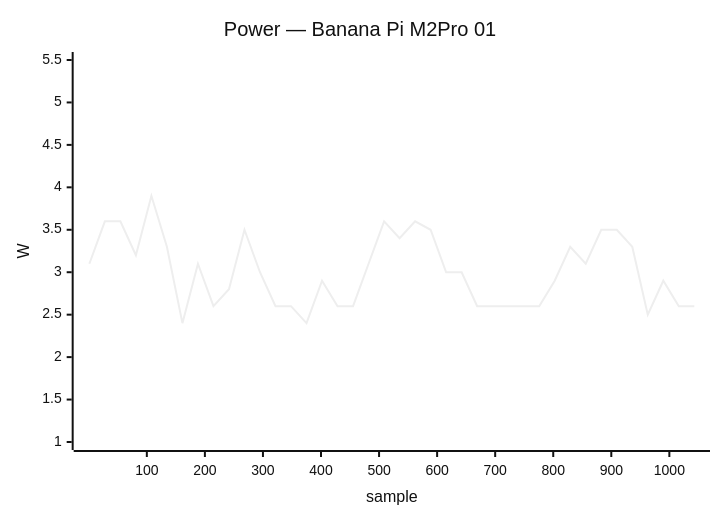
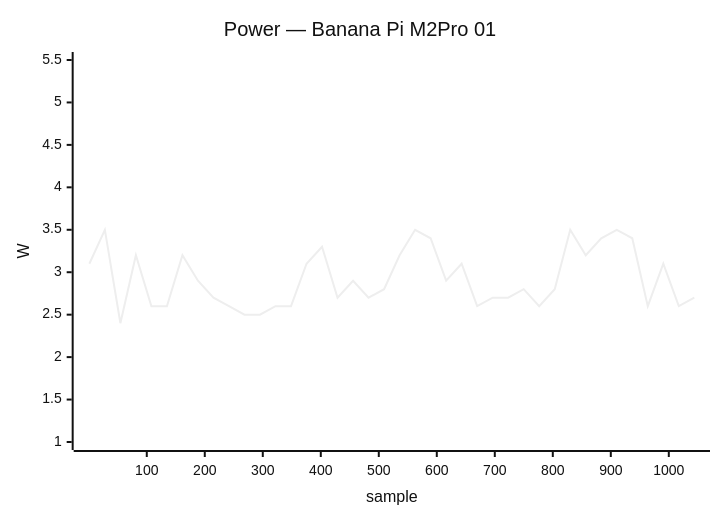
One commit to armbian/documentation changed diagram 11 of 50 in docs/status/board-tests.md. Above: the diagram before and after it, drawn with Mermaid (neutral theme). The commit also changed other lines of this file, not shown here.

````diff
--- a/docs/status/board-tests.md
+++ b/docs/status/board-tests.md
@@ -373,7 +564,7 @@
 ```mermaid
 xychart-beta
     title "Power — Banana Pi M2Pro 01"
-    x-axis "sample" 1 --> 1043
+    x-axis "sample" 1 --> 1044
     y-axis "W" 1.0 --> 5.5
-    line [3.1, 3.6, 3.6, 3.2, 3.9, 3.3, 2.4, 3.1, 2.6, 2.8, 3.5, 3.0, 2.6, 2.6, 2.4, 2.9, 2.6, 2.6, 3.1, 3.6, 3.4, 3.6, 3.5, 3.0, 3.0, 2.6, 2.6, 2.6, 2.6, 2.6, 2.9, 3.3, 3.1, 3.5, 3.5, 3.3, 2.5, 2.9, 2.6, 2.6]
+    line [3.1, 3.5, 2.4, 3.2, 2.6, 2.6, 3.2, 2.9, 2.7, 2.6, 2.5, 2.5, 2.6, 2.6, 3.1, 3.3, 2.7, 2.9, 2.7, 2.8, 3.2, 3.5, 3.4, 2.9, 3.1, 2.6, 2.7, 2.7, 2.8, 2.6, 2.8, 3.5, 3.2, 3.4, 3.5, 3.4, 2.6, 3.1, 2.6, 2.7]
 ```
````
